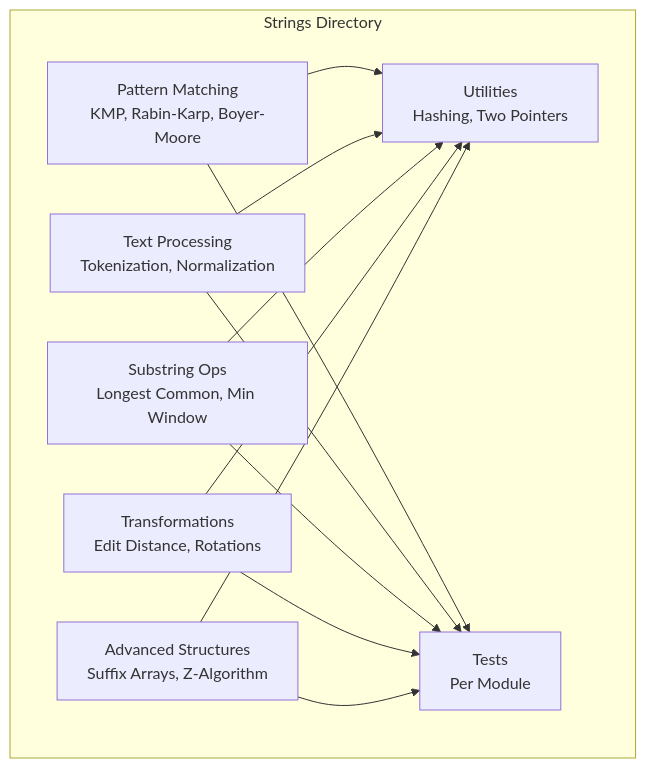
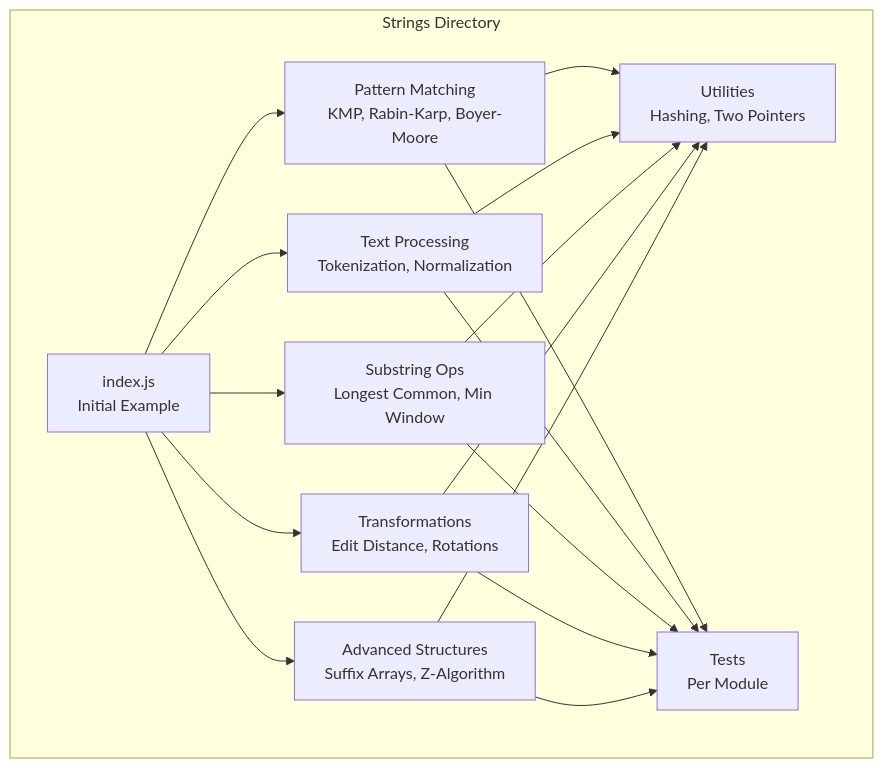
One commit to pawarrishi/dsa_prep changed the second of 8 diagrams in .qoder/repowiki/en/content/String Algorithms.md. Above: the diagram before and after it, drawn with Mermaid. The commit also changed other lines of this file and 4 other files, not shown here.

````diff
--- a/.qoder/repowiki/en/content/String Algorithms.md
+++ b/.qoder/repowiki/en/content/String Algorithms.md
@@ -93,22 +106,28 @@
 ```mermaid
 graph TB
 subgraph "Strings Directory"
 PM["Pattern Matching<br/>KMP, Rabin-Karp, Boyer-Moore"]
 TP["Text Processing<br/>Tokenization, Normalization"]
 SO["Substring Ops<br/>Longest Common, Min Window"]
 TR["Transformations<br/>Edit Distance, Rotations"]
 ADV["Advanced Structures<br/>Suffix Arrays, Z-Algorithm"]
 UTIL["Utilities<br/>Hashing, Two Pointers"]
 TESTS["Tests<br/>Per Module"]
+INDEX["index.js<br/>Initial Example"]
 end
 PM --> UTIL
 TP --> UTIL
 SO --> UTIL
 TR --> UTIL
 ADV --> UTIL
 PM --> TESTS
 TP --> TESTS
 SO --> TESTS
 TR --> TESTS
 ADV --> TESTS
+INDEX --> PM
+INDEX --> TP
+INDEX --> SO
+INDEX --> TR
+INDEX --> ADV
 ```
````
